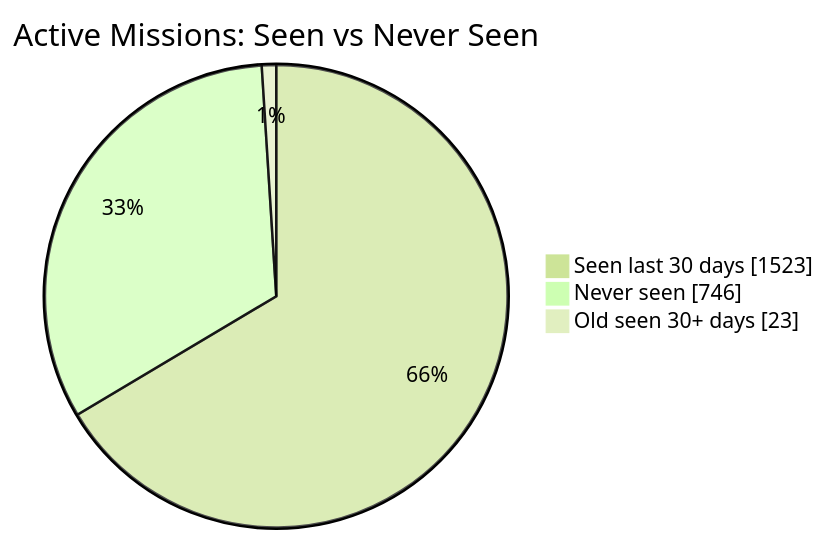
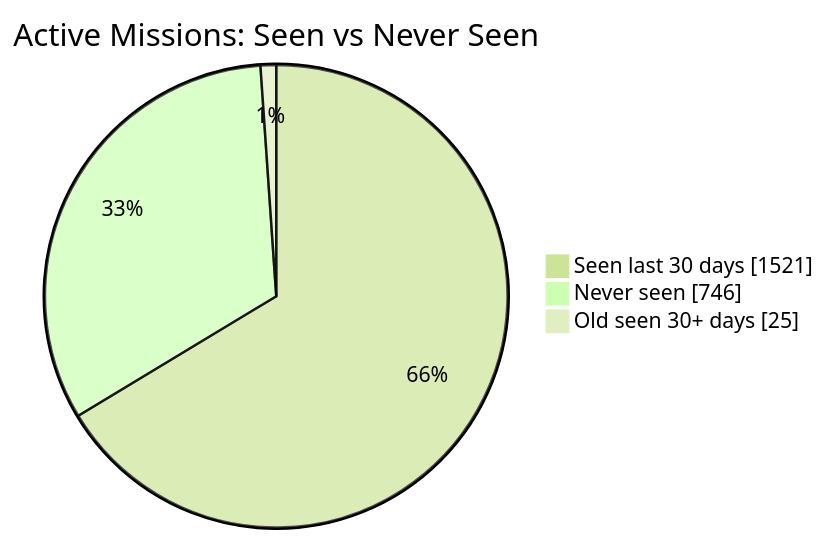
One commit to MeldkamerspelGameTeam/active-missions changed the first of 2 diagrams in README.md. Above: the diagram before and after it, drawn with Mermaid (forest theme). The commit also changed other lines of this file and 2 other files, not shown here.

````diff
--- a/README.md
+++ b/README.md
@@ -34,7 +34,7 @@
 ```mermaid
 pie showData
     title Active Missions: Seen vs Never Seen
-    "Seen last 30 days" : 1523
+    "Seen last 30 days" : 1521
     "Never seen" : 746
-    "Old seen 30+ days" : 23
+    "Old seen 30+ days" : 25
 ```
````
